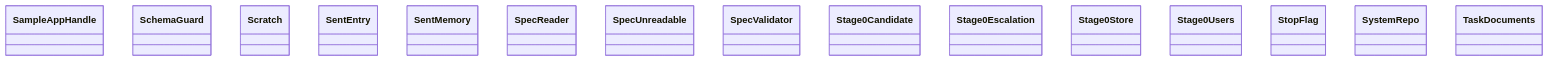
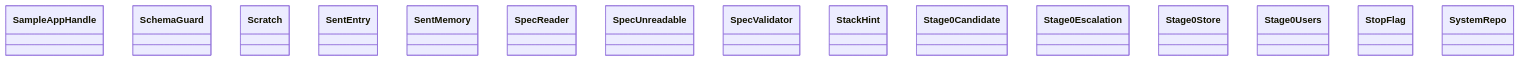
The diagram in docs/architecture/generated/classes-process-application-support-6.md (GonzaloZevallos/agentic-system), drawn with Mermaid before and after one commit. The commit also changed other lines of this file and 3 other files, not shown here.

Commit message:
Regenerate the class docs for StackHint and the launch record

````diff
--- a/docs/architecture/generated/classes-process-application-support-6.md
+++ b/docs/architecture/generated/classes-process-application-support-6.md
@@ -20,18 +20,18 @@
 ```mermaid
 classDiagram
     class ports__SampleAppHandle["SampleAppHandle"]
     class ports__SchemaGuard["SchemaGuard"]
     class ports__Scratch["Scratch"]
     class ports__SentEntry["SentEntry"]
     class ports__SentMemory["SentMemory"]
     class ports__SpecReader["SpecReader"]
     class ports__SpecUnreadable["SpecUnreadable"]
     class ports__SpecValidator["SpecValidator"]
+    class ports__StackHint["StackHint"]
     class ports__Stage0Candidate["Stage0Candidate"]
     class ports__Stage0Escalation["Stage0Escalation"]
     class ports__Stage0Store["Stage0Store"]
     class ports__Stage0Users["Stage0Users"]
     class ports__StopFlag["StopFlag"]
     class ports__SystemRepo["SystemRepo"]
-    class ports__TaskDocuments["TaskDocuments"]
 ```
````
